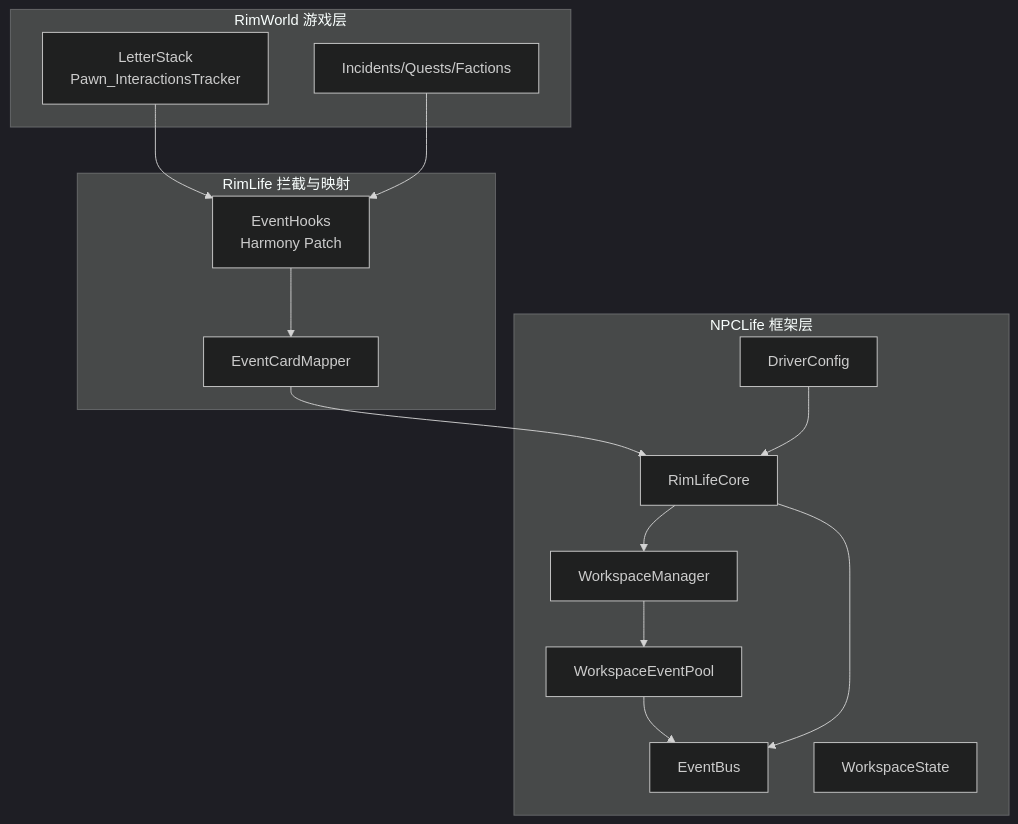
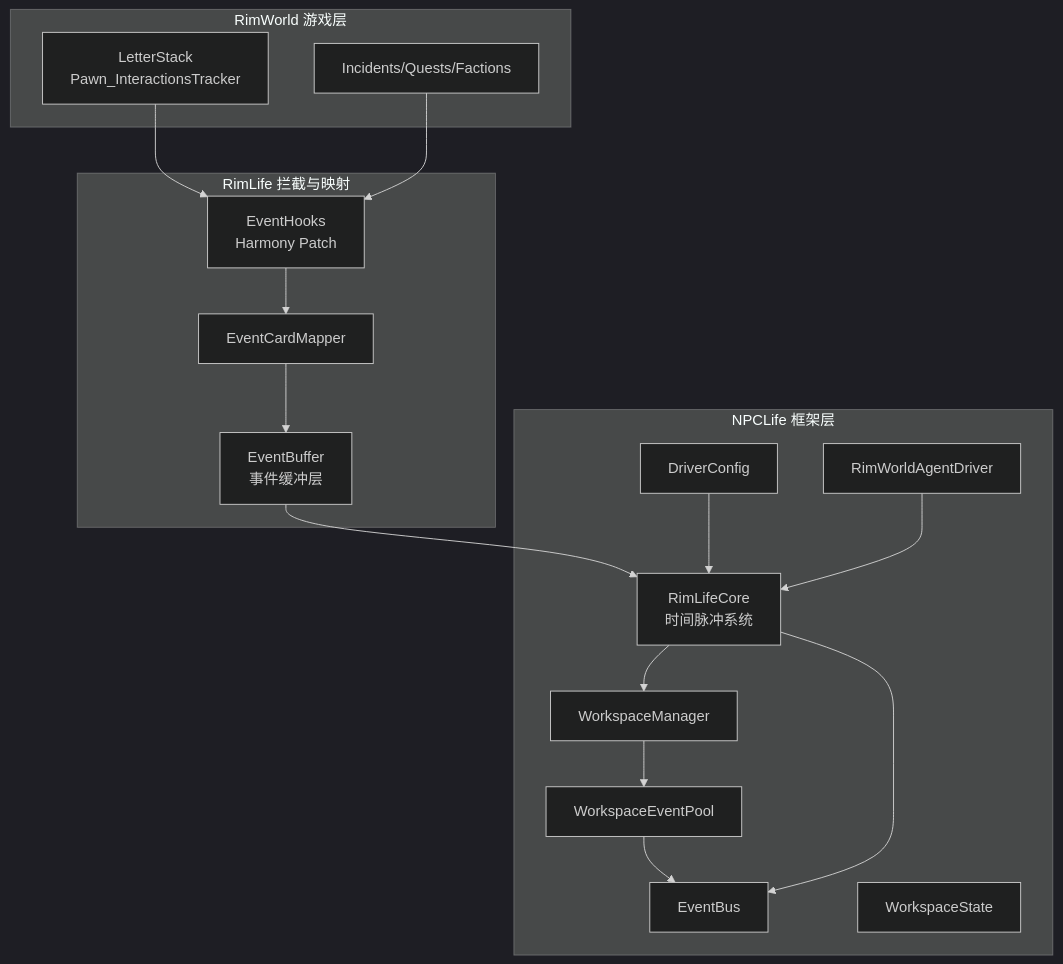
Before and after one commit to suzvka/RimLife: the first of 10 diagrams in .qoder/repowiki/zh/content/核心架构设计/事件系统集成.md, drawn with Mermaid (dark theme). The commit also changed other lines of this file and 31 other files, not shown here.

````diff
--- a/.qoder/repowiki/zh/content/核心架构设计/事件系统集成.md
+++ b/.qoder/repowiki/zh/content/核心架构设计/事件系统集成.md
@@ -42,28 +54,32 @@
 ```mermaid
 graph TB
 subgraph "RimWorld 游戏层"
 LW["LetterStack<br/>Pawn_InteractionsTracker"]
 IR["Incidents/Quests/Factions"]
 end
 subgraph "RimLife 拦截与映射"
 EH["EventHooks<br/>Harmony Patch"]
 ECM["EventCardMapper"]
+EBuf["EventBuffer<br/>事件缓冲层"]
 end
 subgraph "NPCLife 框架层"
 EB["EventBus"]
 WSM["WorkspaceManager"]
 WSP["WorkspaceState"]
 WEP["WorkspaceEventPool"]
 DC["DriverConfig"]
-RC["RimLifeCore"]
+RC["RimLifeCore<br/>时间脉冲系统"]
+RD["RimWorldAgentDriver"]
 end
 LW --> EH
 IR --> EH
 EH --> ECM
-ECM --> RC
+ECM --> EBuf
+EBuf --> RC
 RC --> WSM
 WSM --> WEP
 WEP --> EB
 DC --> RC
 RC --> EB
+RD --> RC
 ```
````
